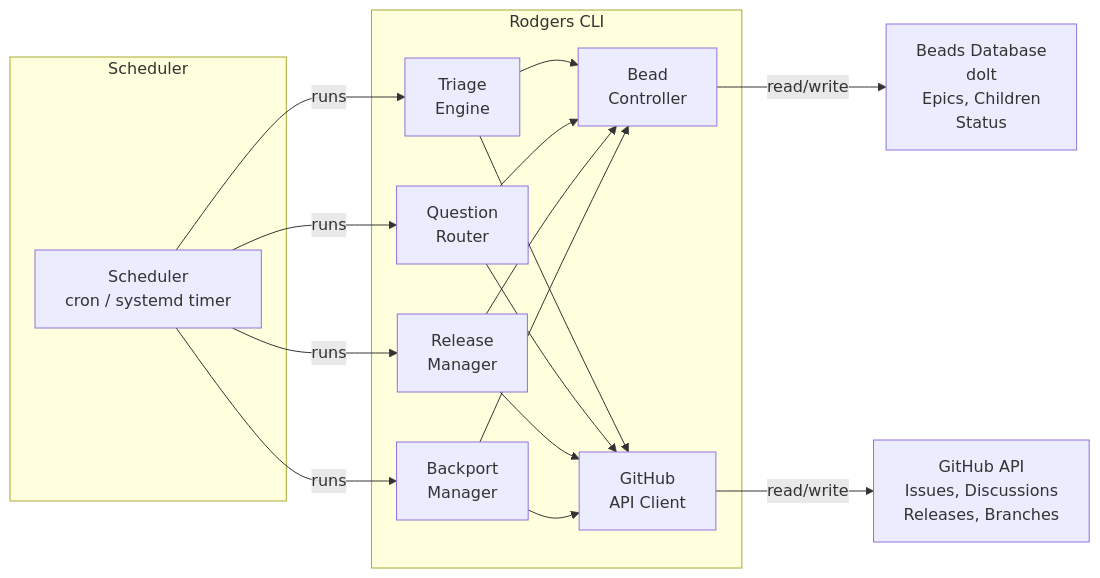
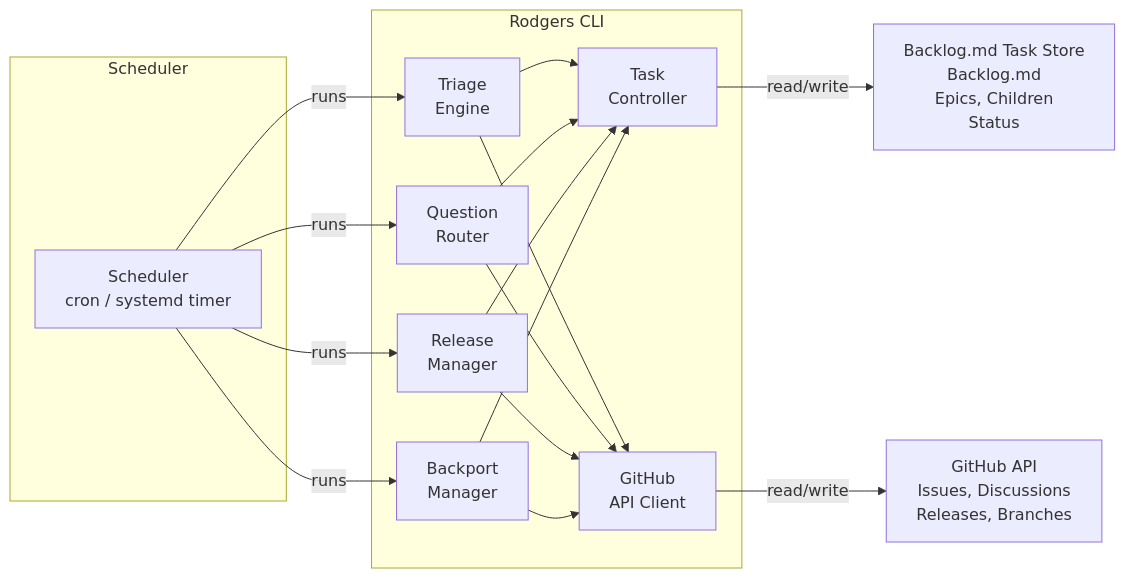
The diagram in plans/architecture-plan.md (lesserevil/rogers), drawn with Mermaid before and after one commit. The commit also changed other lines of this file and 248 other files, not shown here.

````diff
--- a/plans/architecture-plan.md
+++ b/plans/architecture-plan.md
@@ -28,25 +28,25 @@
 ```mermaid
 graph LR
     subgraph Scheduler
         A[Scheduler<br/>cron / systemd timer]
     end
 
     subgraph Rodgers CLI
-        B[Triage<br/>Engine] --> C[Bead<br/>Controller]
+        B[Triage<br/>Engine] --> C[Task<br/>Controller]
         B --> D[GitHub<br/>API Client]
         E[Question<br/>Router] --> C
         E --> D
         F[Release<br/>Manager] --> C
         F --> D
         G[Backport<br/>Manager] --> C
         G --> D
     end
 
     A -->|"runs"| B
     A -->|"runs"| E
     A -->|"runs"| F
     A -->|"runs"| G
 
     D -->|"read/write"| H[GitHub API<br/>Issues, Discussions<br/>Releases, Branches]
-    C -->|"read/write"| I[Beads Database<br/>dolt<br/>Epics, Children<br/>Status]
+    C -->|"read/write"| I[Backlog.md Task Store<br/>Backlog.md<br/>Epics, Children<br/>Status]
 ```
````
